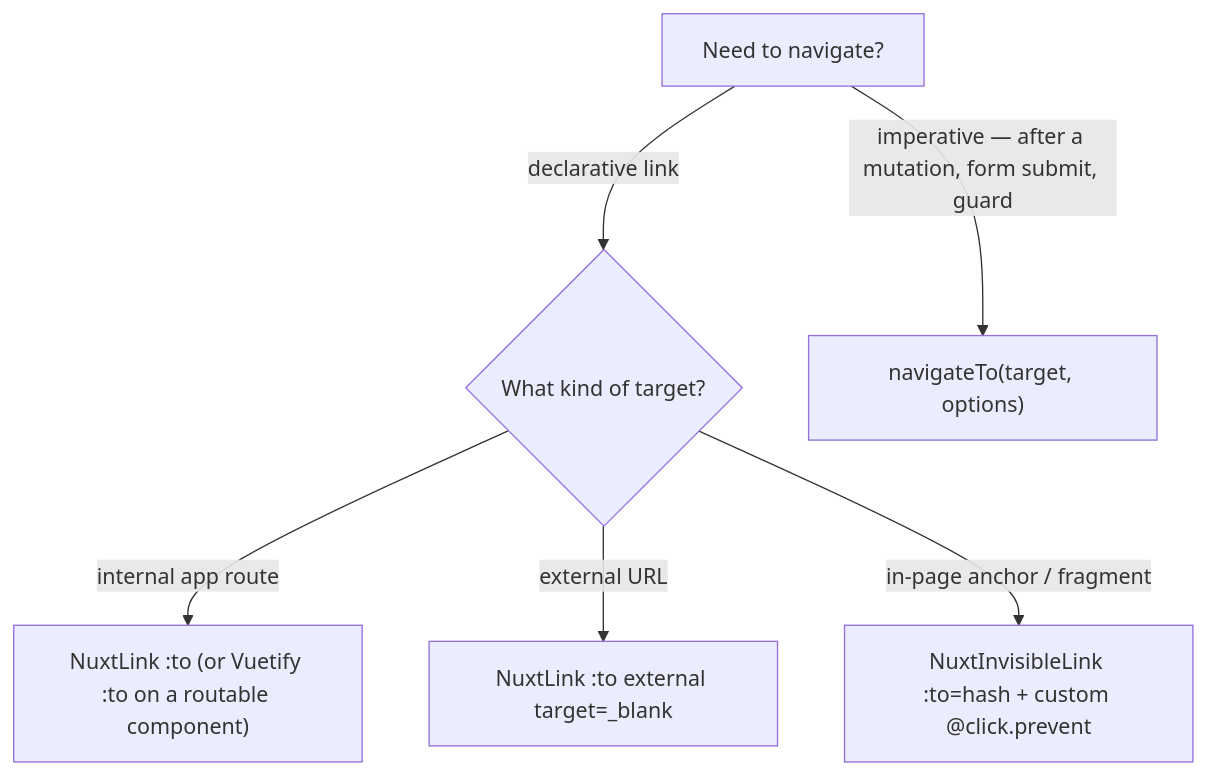
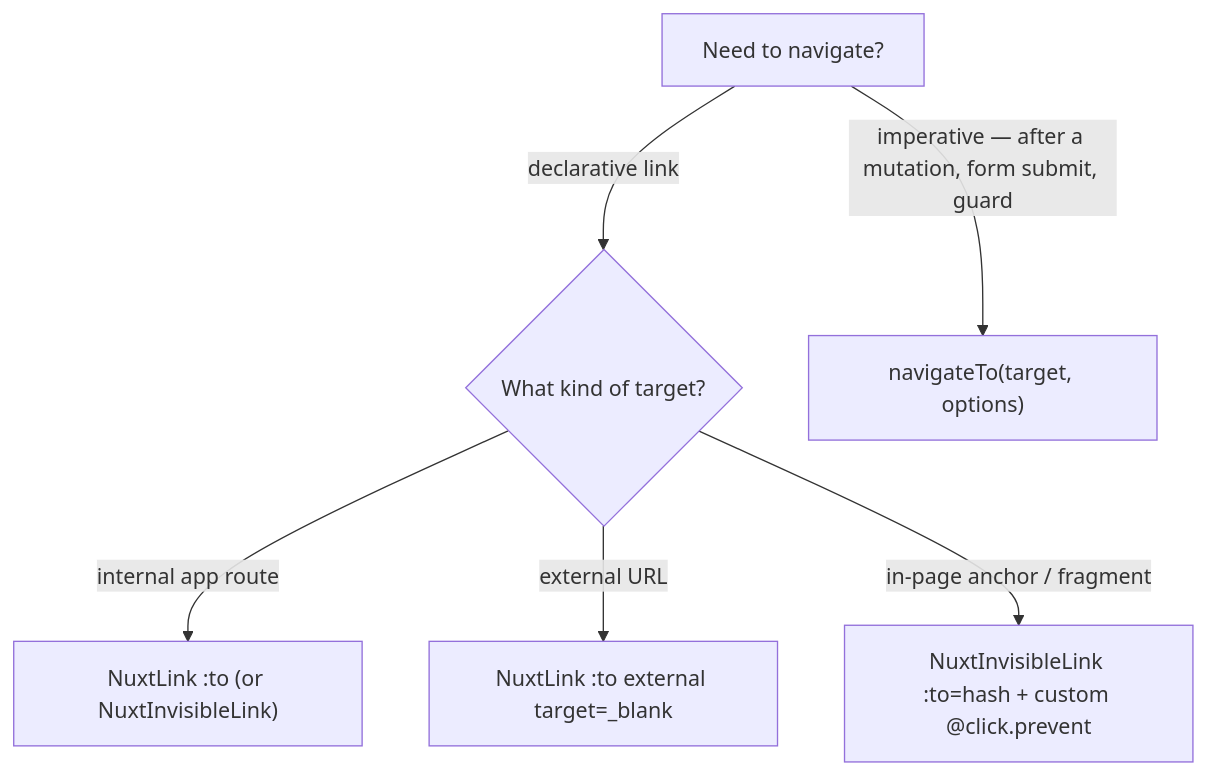
Before and after one commit to Esposter/Esposter: the diagram in packages/app/content/docs/architecture/navigation.md, drawn with Mermaid. The commit also changed other lines of this file and 27 other files, not shown here.

````diff
--- a/packages/app/content/docs/architecture/navigation.md
+++ b/packages/app/content/docs/architecture/navigation.md
@@ -12,8 +12,8 @@
 ```mermaid
 flowchart TD
   START["Need to navigate?"] -->|declarative link| KIND{"What kind of target?"}
   START -->|imperative — after a mutation, form submit, guard| NAV["navigateTo(target, options)"]
-  KIND -->|internal app route| INTERNAL["NuxtLink :to (or Vuetify :to on a routable component)"]
+  KIND -->|internal app route| INTERNAL["NuxtLink :to (or NuxtInvisibleLink)"]
   KIND -->|external URL| EXTERNAL["NuxtLink :to external target=_blank"]
   KIND -->|in-page anchor / fragment| HASH["NuxtInvisibleLink :to=hash + custom @click.prevent"]
 ```
````
